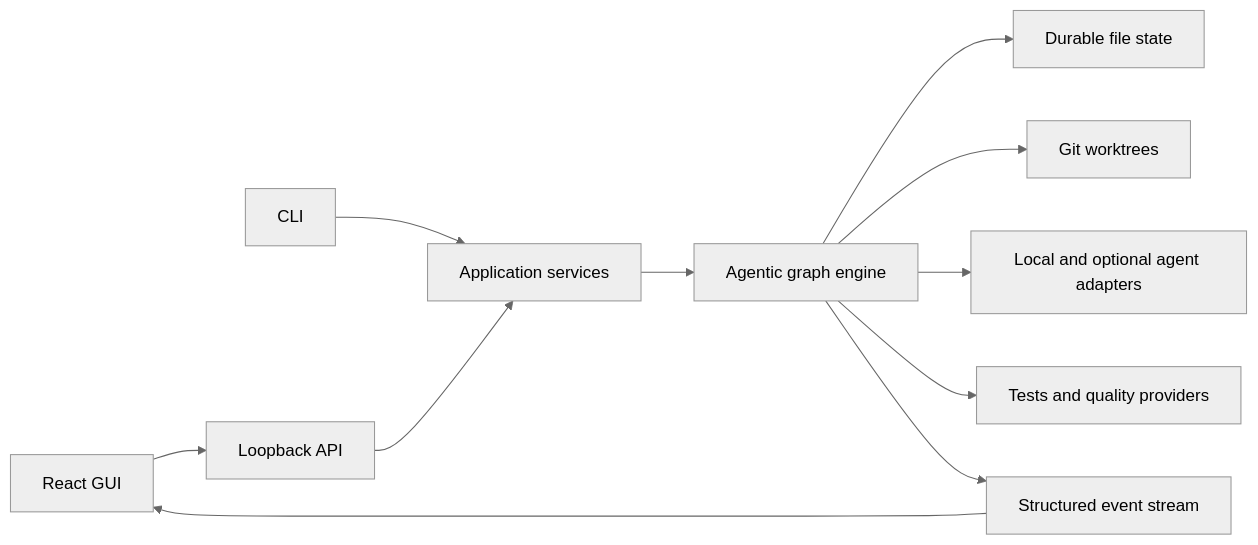
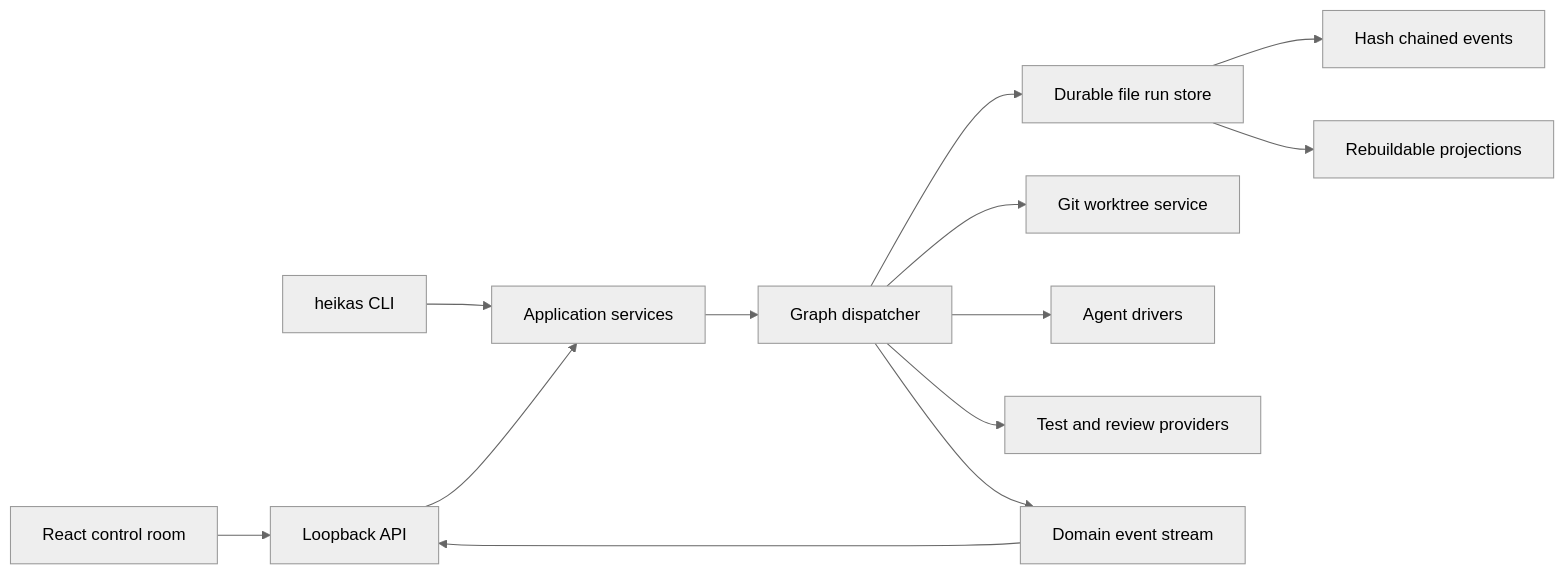
Before and after one commit to isaacoselukwue/HeikasForge: the diagram in README.md, drawn with Mermaid (neutral theme). The commit also changed other lines of this file and 47 other files, not shown here.

First line of the commit message:
Add the browser suite, captured documentation media and architecture records

````diff
--- a/README.md
+++ b/README.md
@@ -28,13 +39,15 @@
 ```mermaid
 flowchart LR
-    UI[React GUI] --> API[Loopback API]
-    CLI[CLI] --> APP[Application services]
+    UI[React control room] --> API[Loopback API]
+    CLI[heikas CLI] --> APP[Application services]
     API --> APP
-    APP --> ENGINE[Agentic graph engine]
-    ENGINE --> STATE[Durable file state]
-    ENGINE --> WORKTREES[Git worktrees]
-    ENGINE --> AGENTS[Local and optional agent adapters]
-    ENGINE --> GATES[Tests and quality providers]
-    ENGINE --> EVENTS[Structured event stream]
-    EVENTS --> UI
+    APP --> GRAPH[Graph dispatcher]
+    GRAPH --> STORE[Durable file run store]
+    GRAPH --> GIT[Git worktree service]
+    GRAPH --> AGENT[Agent drivers]
+    GRAPH --> GATES[Test and review providers]
+    STORE --> EVENTS[Hash chained events]
+    STORE --> STATE[Rebuildable projections]
+    GRAPH --> STREAM[Domain event stream]
+    STREAM --> API
 ```
````
